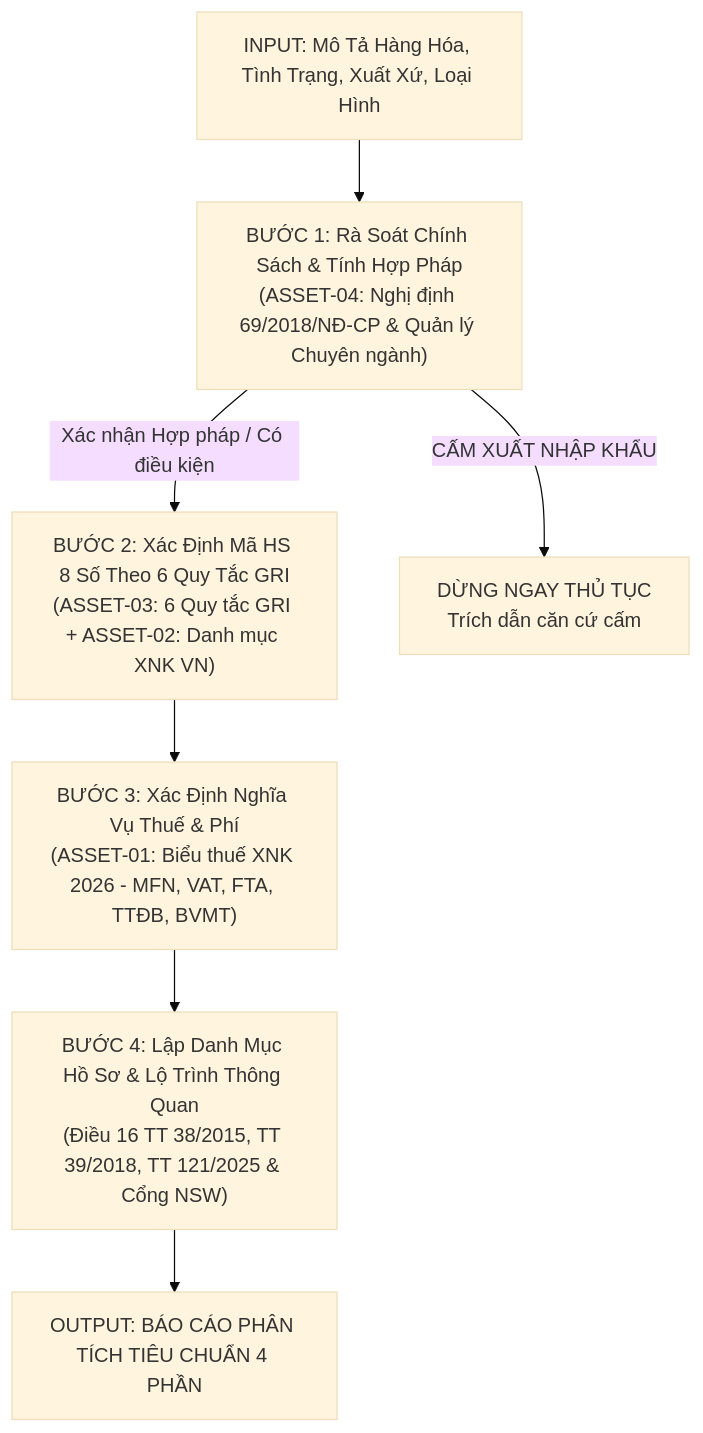
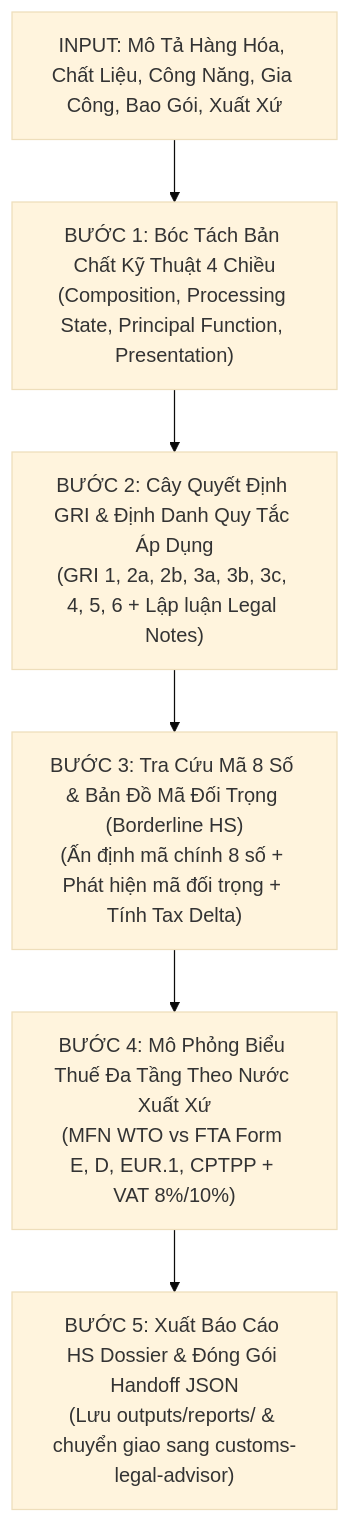
The diagram in .agents/skills/customs-hs-classifier/SKILL.md (hoang050205-dot/-AI-h-c-mindX), drawn with Mermaid (base theme) before and after one commit. The commit also changed other lines of this file and 71 other files, not shown here.

````diff
--- a/.agents/skills/customs-hs-classifier/SKILL.md
+++ b/.agents/skills/customs-hs-classifier/SKILL.md
@@ -61,13 +63,12 @@
 ```mermaid
 graph TD
-    A["INPUT: Mô Tả Hàng Hóa, Tình Trạng, Xuất Xứ, Loại Hình"] --> B["BƯỚC 1: Rà Soát Chính Sách & Tính Hợp Pháp<br>(ASSET-04: Nghị định 69/2018/NĐ-CP & Quản lý Chuyên ngành)"]
+    A["INPUT: Mô Tả Hàng Hóa, Chất Liệu, Công Năng, Gia Công, Bao Gói, Xuất Xứ"] --> B["BƯỚC 1: Bóc Tách Bản Chất Kỹ Thuật 4 Chiều<br>(Composition, Processing State, Principal Function, Presentation)"]
     
-    B -- "Xác nhận Hợp pháp / Có điều kiện" --> C["BƯỚC 2: Xác Định Mã HS 8 Số Theo 6 Quy Tắc GRI<br>(ASSET-03: 6 Quy tắc GRI + ASSET-02: Danh mục XNK VN)"]
-    B -- "CẤM XUẤT NHẬP KHẨU" --> STOP["DỪNG NGAY THỦ TỤC<br>Trích dẫn căn cứ cấm"]
+    B --> C["BƯỚC 2: Cây Quyết Định GRI & Định Danh Quy Tắc Áp Dụng<br>(GRI 1, 2a, 2b, 3a, 3b, 3c, 4, 5, 6 + Lập luận Legal Notes)"]
     
-    C --> D["BƯỚC 3: Xác Định Nghĩa Vụ Thuế & Phí<br>(ASSET-01: Biểu thuế XNK 2026 - MFN, VAT, FTA, TTĐB, BVMT)"]
+    C --> D["BƯỚC 3: Tra Cứu Mã 8 Số & Bản Đồ Mã Đối Trọng (Borderline HS)<br>(Ấn định mã chính 8 số + Phát hiện mã đối trọng + Tính Tax Delta)"]
     
-    D --> E["BƯỚC 4: Lập Danh Mục Hồ Sơ & Lộ Trình Thông Quan<br>(Điều 16 TT 38/2015, TT 39/2018, TT 121/2025 & Cổng NSW)"]
+    D --> E["BƯỚC 4: Mô Phỏng Biểu Thuế Đa Tầng Theo Nước Xuất Xứ<br>(MFN WTO vs FTA Form E, D, EUR.1, CPTPP + VAT 8%/10%)"]
     
-    E --> F["OUTPUT: BÁO CÁO PHÂN TÍCH TIÊU CHUẨN 4 PHẦN"]
+    E --> F["BƯỚC 5: Xuất Báo Cáo HS Dossier & Đóng Gói Handoff JSON<br>(Lưu outputs/reports/ & chuyển giao sang customs-legal-advisor)"]
 ```
````
